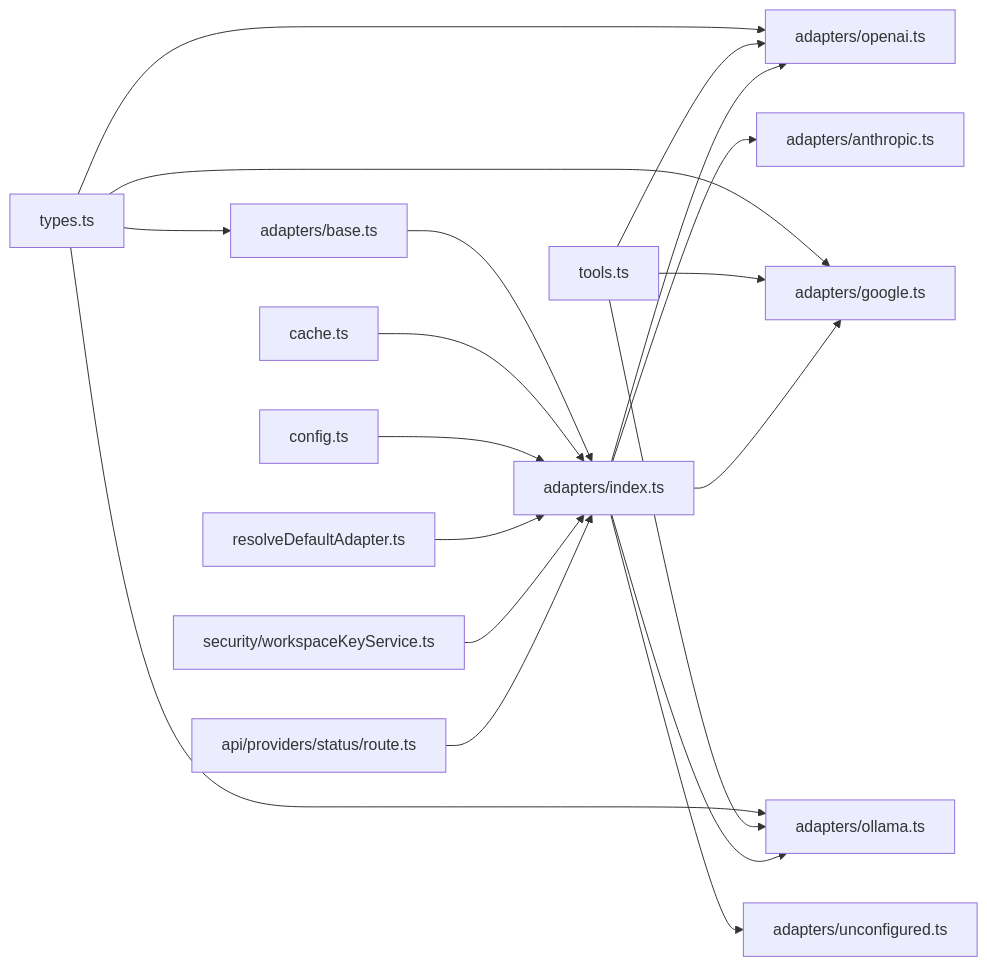
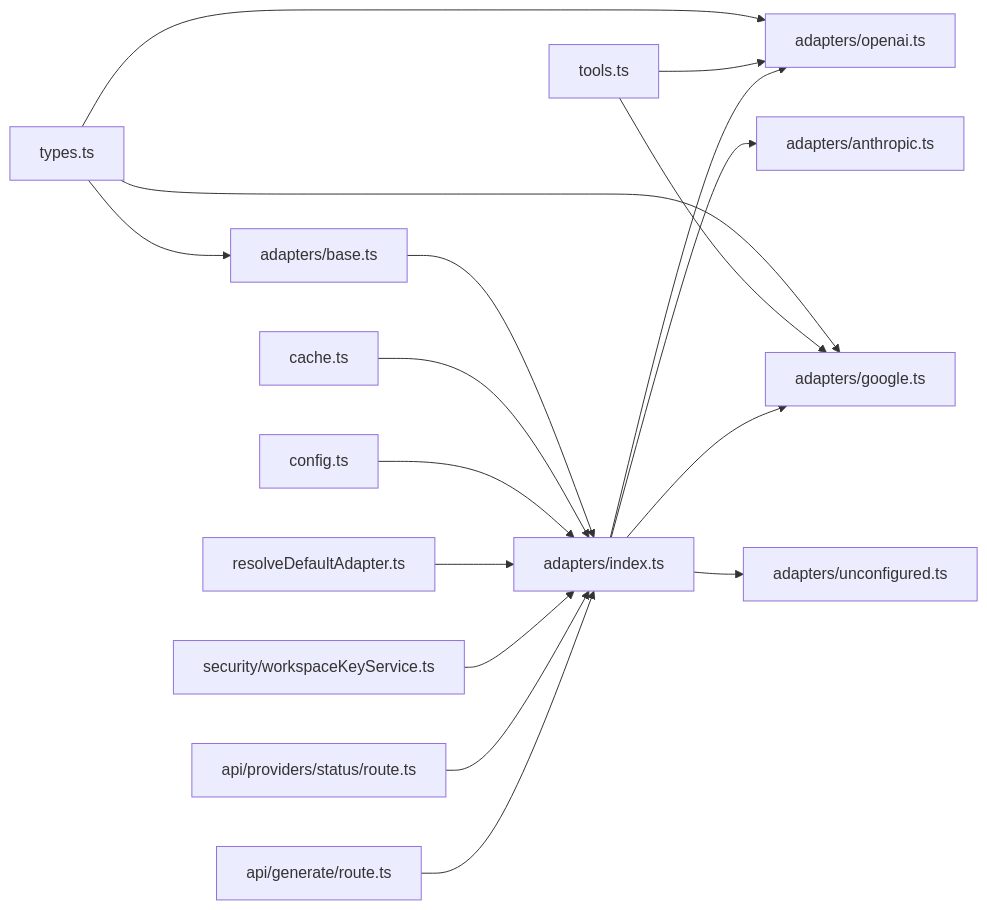
Before and after one commit to shekhargiri005-dotcom/AI-powered-accessibility-first-UI-engine: the tenth of 10 diagrams in .qoder/repowiki/en/content/Architecture & Design/Layered Architecture/Business Logic Layer/AI Provider Adapter System.md, drawn with Mermaid. The commit also changed other lines of this file and 6 other files, not shown here.

First line of the commit message:
fix: VersionTimeline visibility and reduce inactivity timeout to 15min

````diff
--- a/.qoder/repowiki/en/content/Architecture & Design/Layered Architecture/Business Logic Layer/AI Provider Adapter System.md
+++ b/.qoder/repowiki/en/content/Architecture & Design/Layered Architecture/Business Logic Layer/AI Provider Adapter System.md
@@ -504,21 +466,19 @@
 ```mermaid
 graph LR
 TYPES["types.ts"] --> BASE["adapters/base.ts"]
 TYPES --> OA["adapters/openai.ts"]
 TYPES --> GA["adapters/google.ts"]
-TYPES --> OLA["adapters/ollama.ts"]
 TOOLS["tools.ts"] --> OA
 TOOLS --> GA
-TOOLS --> OLA
 BASE --> IDX["adapters/index.ts"]
 CACHE["cache.ts"] --> IDX
 IDX --> OA
 IDX --> AA["adapters/anthropic.ts"]
 IDX --> GA
-IDX --> OLA
 IDX --> UCA["adapters/unconfigured.ts"]
 CFG["config.ts"] --> IDX
 RDA["resolveDefaultAdapter.ts"] --> IDX
 WK["security/workspaceKeyService.ts"] --> IDX
 PS["api/providers/status/route.ts"] --> IDX
+GR["api/generate/route.ts"] --> IDX
 ```
````
